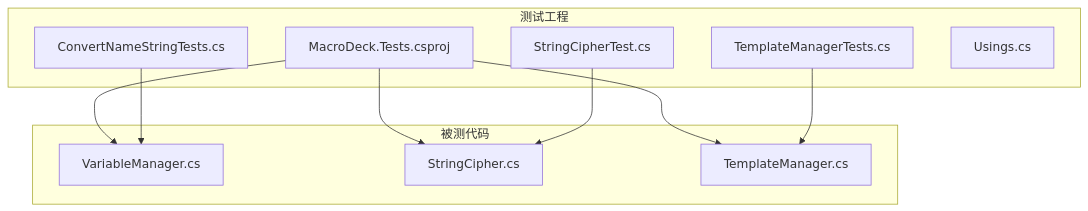
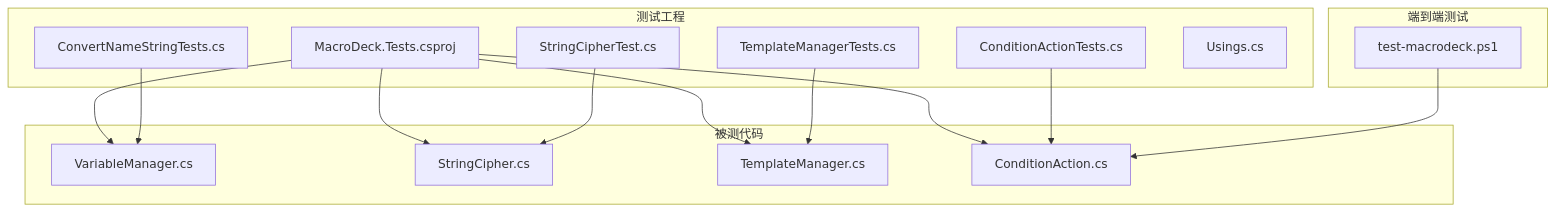
Before and after one commit to tea4go/Macro-Deck: the first of 8 diagrams in .qoder/repowiki/zh/content/测试框架.md, drawn with Mermaid. The commit also changed other lines of this file and 28 other files, not shown here.

````diff
--- a/.qoder/repowiki/zh/content/测试框架.md
+++ b/.qoder/repowiki/zh/content/测试框架.md
@@ -43,21 +54,29 @@
 ```mermaid
 graph TB
 subgraph "测试工程"
 TProj["MacroDeck.Tests.csproj"]
 TConv["ConvertNameStringTests.cs"]
 TCiph["StringCipherTest.cs"]
 TTemp["TemplateManagerTests.cs"]
+TCond["ConditionActionTests.cs"]
 TUsing["Usings.cs"]
 end
 subgraph "被测代码"
 VM["VariableManager.cs"]
 SC["StringCipher.cs"]
 TM["TemplateManager.cs"]
+CA["ConditionAction.cs"]
+end
+subgraph "端到端测试"
+PS1["test-macrodeck.ps1"]
 end
 TProj --> VM
 TProj --> SC
 TProj --> TM
+TProj --> CA
+TCond --> CA
+PS1 --> CA
 TConv --> VM
 TCiph --> SC
 TTemp --> TM
 ```
````
